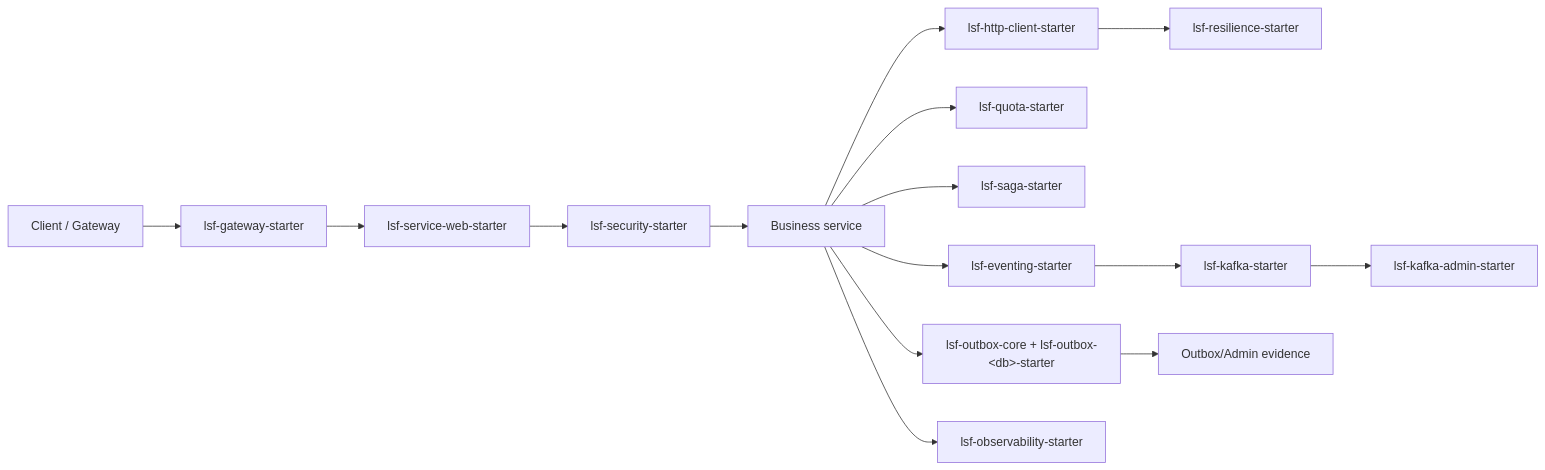
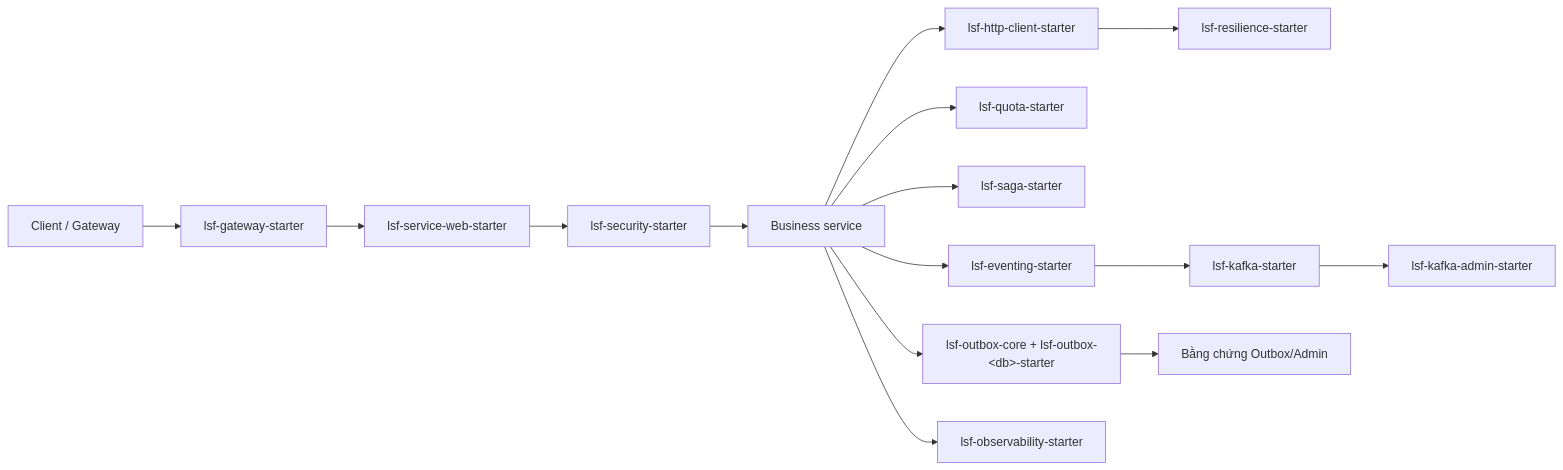
The diagram in README.md (truongnguyen3006/lsf-framework), drawn with Mermaid before and after one commit. The commit also changed other lines of this file, not shown here.

````diff
--- a/README.md
+++ b/README.md
@@ -77,17 +77,17 @@
 ```mermaid
 flowchart LR
     client[Client / Gateway] --> gateway[lsf-gateway-starter]
     gateway --> web[lsf-service-web-starter]
     web --> security[lsf-security-starter]
     security --> service[Business service]
     service --> http[lsf-http-client-starter]
     http --> resilience[lsf-resilience-starter]
     service --> quota[lsf-quota-starter]
     service --> saga[lsf-saga-starter]
     service --> eventing[lsf-eventing-starter]
     eventing --> kafka[lsf-kafka-starter]
     service --> outbox["lsf-outbox-core + lsf-outbox-&lt;db&gt;-starter"]
     service --> observability[lsf-observability-starter]
-    outbox --> ops[Outbox/Admin evidence]
+    outbox --> ops[Bằng chứng Outbox/Admin]
     kafka --> kafkaAdmin[lsf-kafka-admin-starter]
 ```
````
